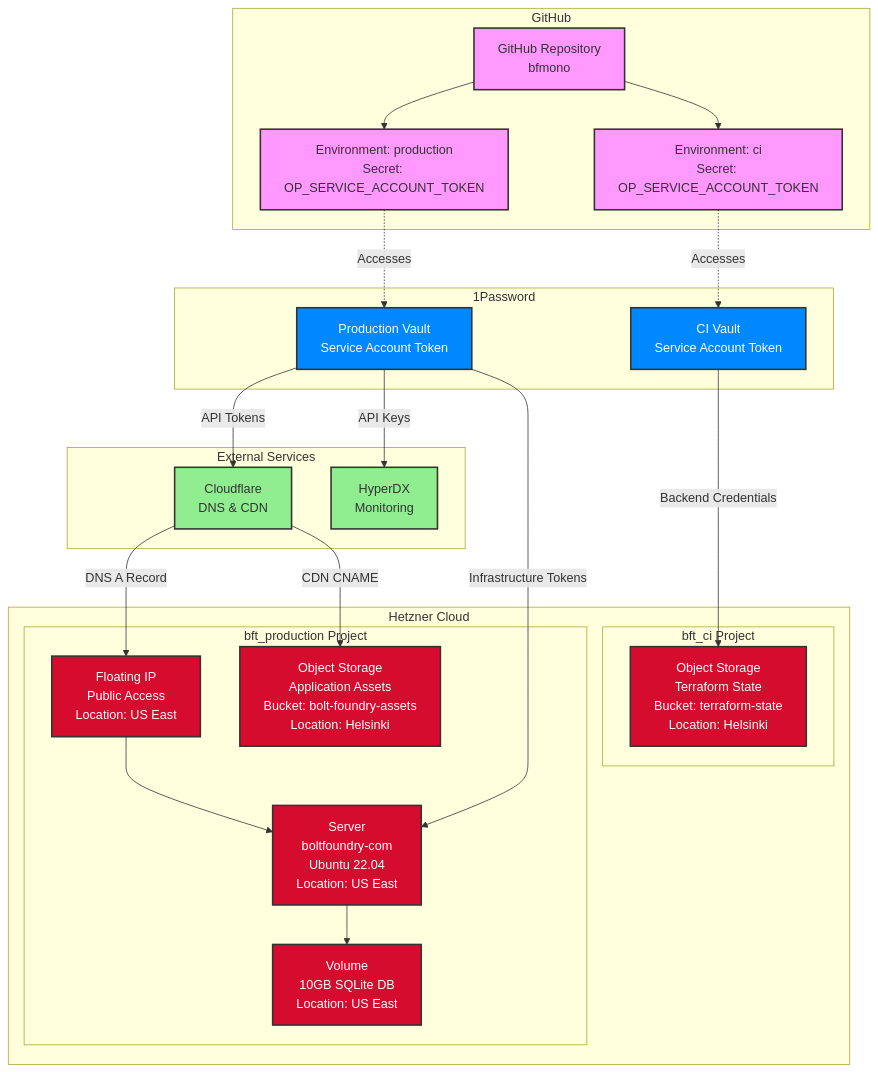
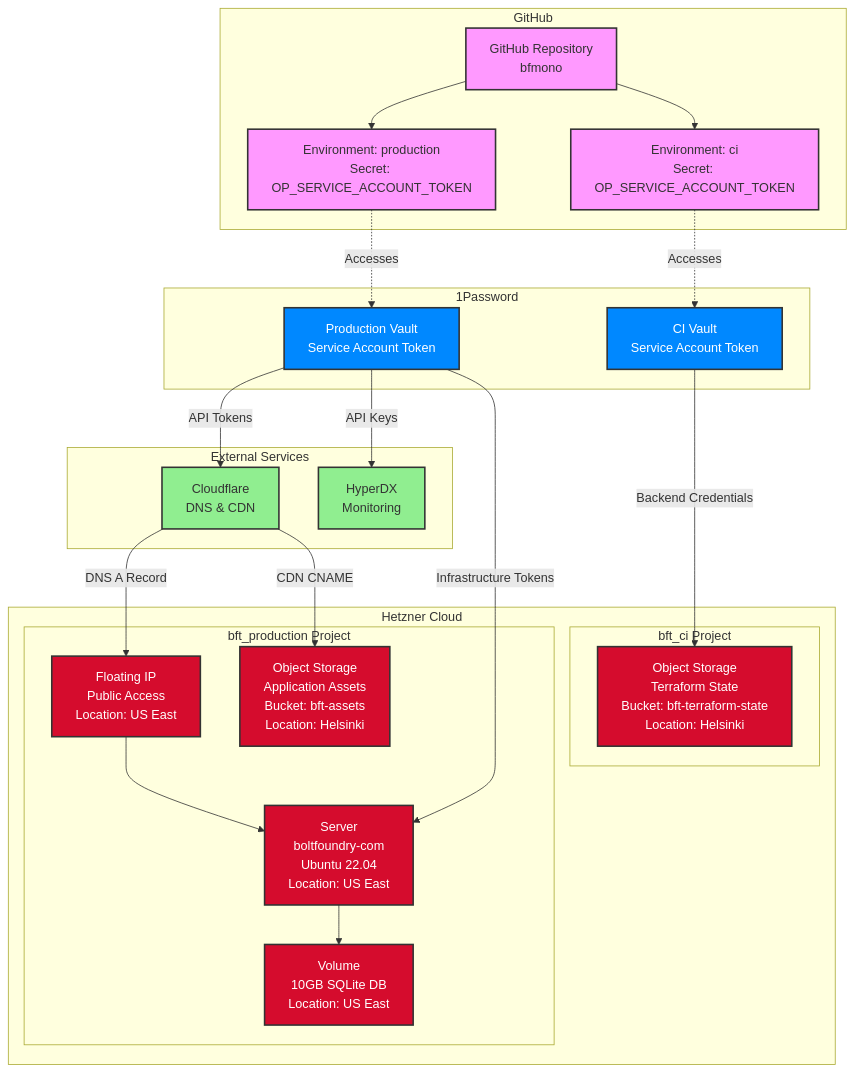
The first of 5 diagrams in infra/terraform/hetzner/architecture.md (bolt-foundry/bfmono), drawn with Mermaid before and after one commit. The commit also changed 8 other files, not shown here.

````diff
--- a/infra/terraform/hetzner/architecture.md
+++ b/infra/terraform/hetzner/architecture.md
@@ -8,59 +8,59 @@
 ```mermaid
 graph TB
     subgraph "GitHub"
         GH_REPO[GitHub Repository<br/>bfmono]
         GH_ENV_CI["Environment: ci<br/>Secret: OP_SERVICE_ACCOUNT_TOKEN"]
         GH_ENV_PROD["Environment: production<br/>Secret: OP_SERVICE_ACCOUNT_TOKEN"]
         
         GH_REPO --> GH_ENV_CI
         GH_REPO --> GH_ENV_PROD
     end
     
     subgraph "1Password"
         OP_CI[CI Vault<br/>Service Account Token]
         OP_PROD[Production Vault<br/>Service Account Token]
     end
     
     subgraph "Hetzner Cloud"
         subgraph "bft_ci Project"
-            CI_S3[Object Storage<br/>Terraform State<br/>Bucket: terraform-state<br/>Location: Helsinki]
+            CI_S3[Object Storage<br/>Terraform State<br/>Bucket: bft-terraform-state<br/>Location: Helsinki]
         end
         
         subgraph "bft_production Project"
             PROD_SERVER[Server<br/>boltfoundry-com<br/>Ubuntu 22.04<br/>Location: US East]
             PROD_IP[Floating IP<br/>Public Access<br/>Location: US East]
             PROD_VOL[Volume<br/>10GB SQLite DB<br/>Location: US East]
-            PROD_S3[Object Storage<br/>Application Assets<br/>Bucket: bolt-foundry-assets<br/>Location: Helsinki]
+            PROD_S3[Object Storage<br/>Application Assets<br/>Bucket: bft-assets<br/>Location: Helsinki]
             
             PROD_SERVER --> PROD_VOL
             PROD_IP --> PROD_SERVER
         end
     end
     
     subgraph "External Services"
         CF[Cloudflare<br/>DNS & CDN]
         HYPERDX[HyperDX<br/>Monitoring]
     end
     
     %% Connections
     GH_ENV_CI -.->|Accesses| OP_CI
     GH_ENV_PROD -.->|Accesses| OP_PROD
     
     OP_CI -->|Backend Credentials| CI_S3
     OP_PROD -->|Infrastructure Tokens| PROD_SERVER
     OP_PROD -->|API Tokens| CF
     OP_PROD -->|API Keys| HYPERDX
     
     CF -->|DNS A Record| PROD_IP
     CF -->|CDN CNAME| PROD_S3
     
     classDef github fill:#f9f,stroke:#333,stroke-width:2px
     classDef onepass fill:#0088ff,stroke:#333,stroke-width:2px,color:#fff
     classDef hetzner fill:#d50c2d,stroke:#333,stroke-width:2px,color:#fff
     classDef external fill:#90EE90,stroke:#333,stroke-width:2px
     
     class GH_REPO,GH_ENV_CI,GH_ENV_PROD github
     class OP_CI,OP_PROD onepass
     class CI_S3,PROD_SERVER,PROD_IP,PROD_VOL,PROD_S3 hetzner
     class CF,HYPERDX external
 ```
````
